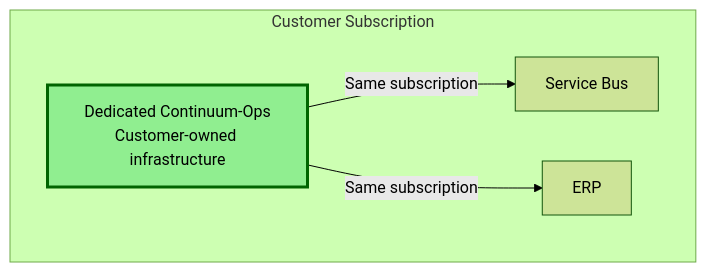
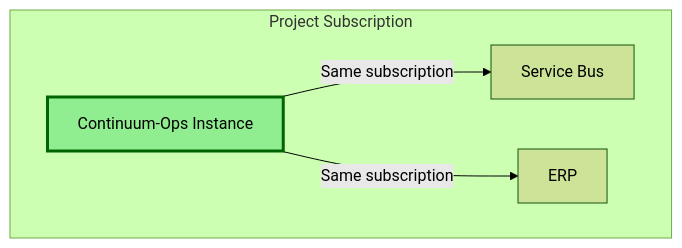
The ninth of 9 diagrams in docs/01-Technical-Architecture.md (mayankgupta7673/Continuum-Ops), drawn with Mermaid (forest theme) before and after one commit. The commit also changed other lines of this file and 8 other files, not shown here.

````diff
--- a/docs/01-Technical-Architecture.md
+++ b/docs/01-Technical-Architecture.md
@@ -954,13 +519,13 @@
 ```mermaid
 flowchart TB
-    subgraph CustomerSub[Customer Subscription]
-        DEDICATED[Dedicated Continuum-Ops<br/>Customer-owned infrastructure]
+    subgraph ProjectSub[Project Subscription]
+        DEDICATED[Continuum-Ops Instance]
         C_SB[Service Bus]
         C_ERP[ERP]
     end
     
     DEDICATED -->|Same subscription| C_SB
     DEDICATED -->|Same subscription| C_ERP
     
     style DEDICATED fill:#90EE90,stroke:#006400,stroke-width:3px
 ```
````
